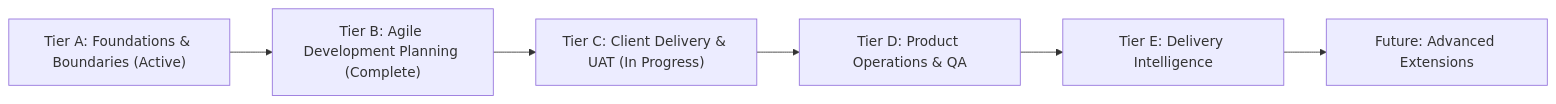
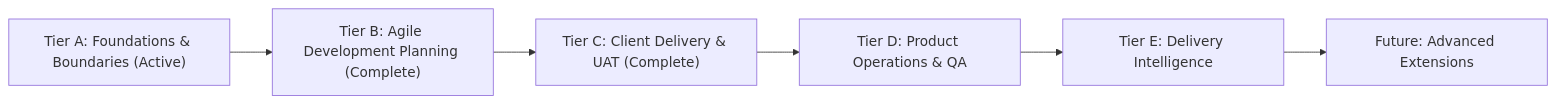
Before and after one commit to kashvirainfotech/ks-pmt: the diagram in README.md, drawn with Mermaid. The commit also changed other lines of this file and 23 other files, not shown here.

````diff
--- a/README.md
+++ b/README.md
@@ -128,8 +128,8 @@
 ```mermaid
 flowchart LR
     A["Tier A: Foundations & Boundaries (Active)"] --> B["Tier B: Agile Development Planning (Complete)"]
-    B --> C["Tier C: Client Delivery & UAT (In Progress)"]
+    B --> C["Tier C: Client Delivery & UAT (Complete)"]
     C --> D["Tier D: Product Operations & QA"]
     D --> E["Tier E: Delivery Intelligence"]
     E --> F["Future: Advanced Extensions"]
 ```
````
